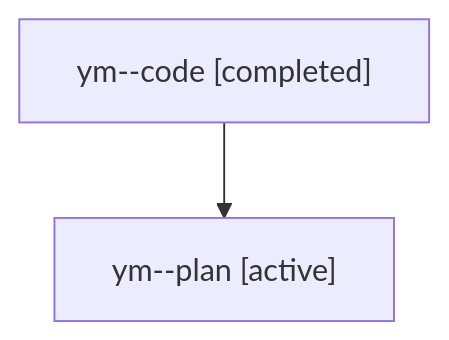
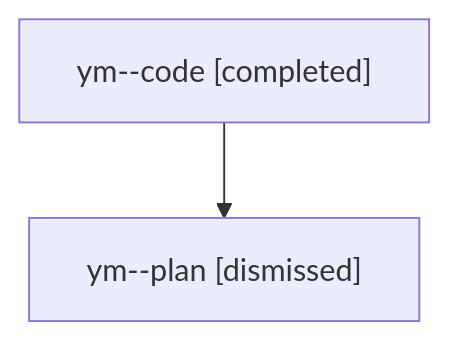
One commit to sase-org/sase--agents changed the diagram in sessions/bbugyi200.athena.ym.md. Above: the diagram before and after it, drawn with Mermaid. The commit also changed other lines of this file and 18 other files, not shown here.

````diff
--- a/sessions/bbugyi200.athena.ym.md
+++ b/sessions/bbugyi200.athena.ym.md
@@ -9,6 +9,6 @@
 ```mermaid
 flowchart TD
   n0["ym--code [completed]"]
-  n1["ym--plan [active]"]
+  n1["ym--plan [dismissed]"]
   n0 --> n1
 ```
````
